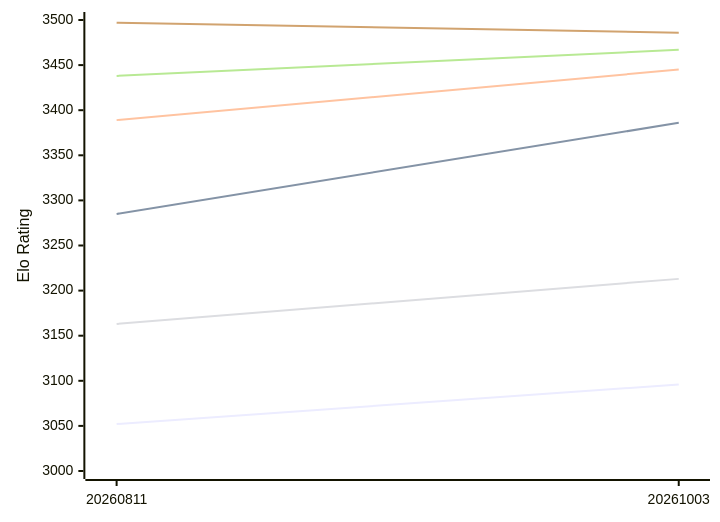
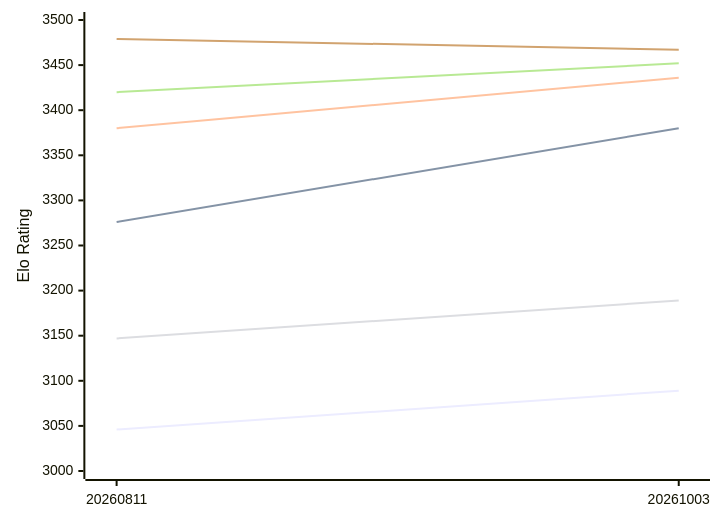
Before and after one commit to computer-chess-index/cci: the first of 2 diagrams in engines/Askaig.md, drawn with Mermaid. The commit also changed other lines of this file, not shown here.

Commit message:
Update CCI Ratings (ELO VLTC) - 2026-11-02

````diff
--- a/engines/Askaig.md
+++ b/engines/Askaig.md
@@ -52,12 +52,12 @@
 ```mermaid
 %%{init: {"theme":"base","themeVariables":{"seriesColors:['#a3a3a3','#222221','#faa371']}}}%%
 xychart-beta
   x-axis ["20260811", "20261003"]
   y-axis "Elo Rating" 3000 --> 3500
-  line "E1: STC (8.0+0.08s)" [3052, 3096]
-  line "E1: LTC (60.0+0.60s)" [3285, 3386]
-  line "E1: VLTC (2m24s+1.12s)" [3389, 3445]
-  line "P1: STC (8.0+0.08s)" [3163, 3213]
-  line "P1: LTC (60.0+0.60s)" [3438, 3467]
-  line "P1: VLTC (2m24s+1.12s)" [3497, 3486]
+  line "E1: STC (8.0+0.08s)" [3046, 3089]
+  line "E1: LTC (60.0+0.60s)" [3276, 3380]
+  line "E1: VLTC (2m24s+1.12s)" [3380, 3436]
+  line "P1: STC (8.0+0.08s)" [3147, 3189]
+  line "P1: LTC (60.0+0.60s)" [3420, 3452]
+  line "P1: VLTC (2m24s+1.12s)" [3479, 3467]
 ```
````
